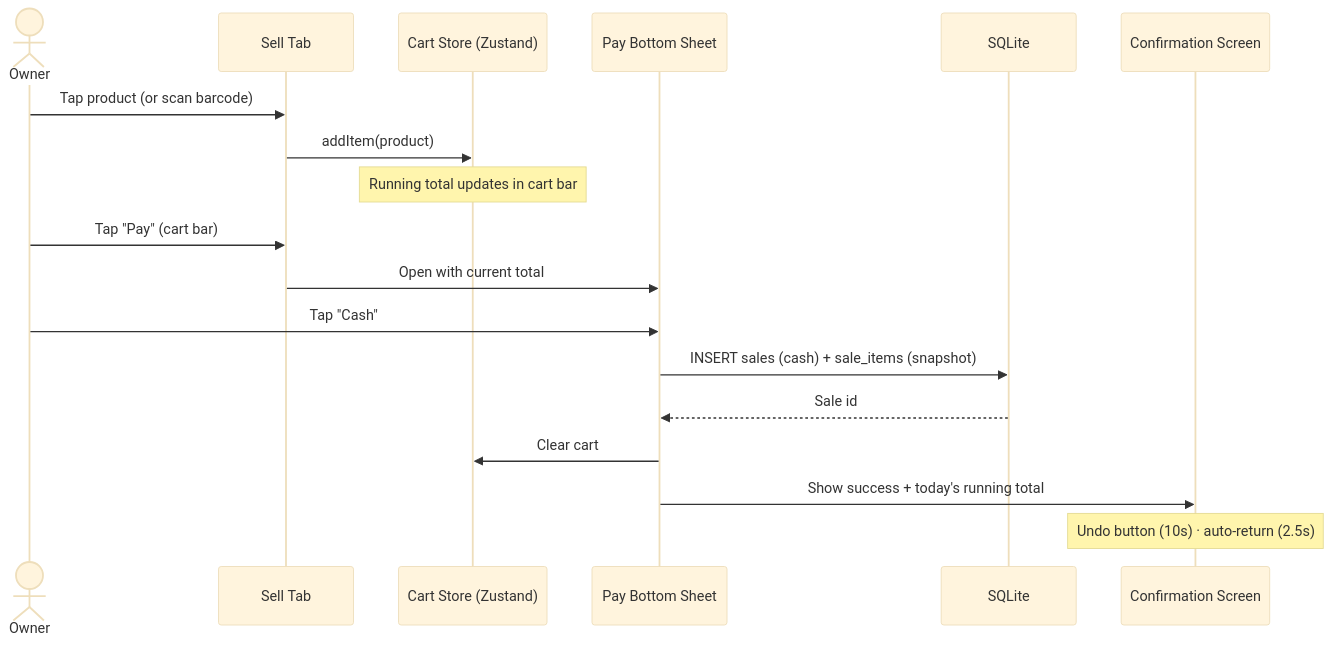
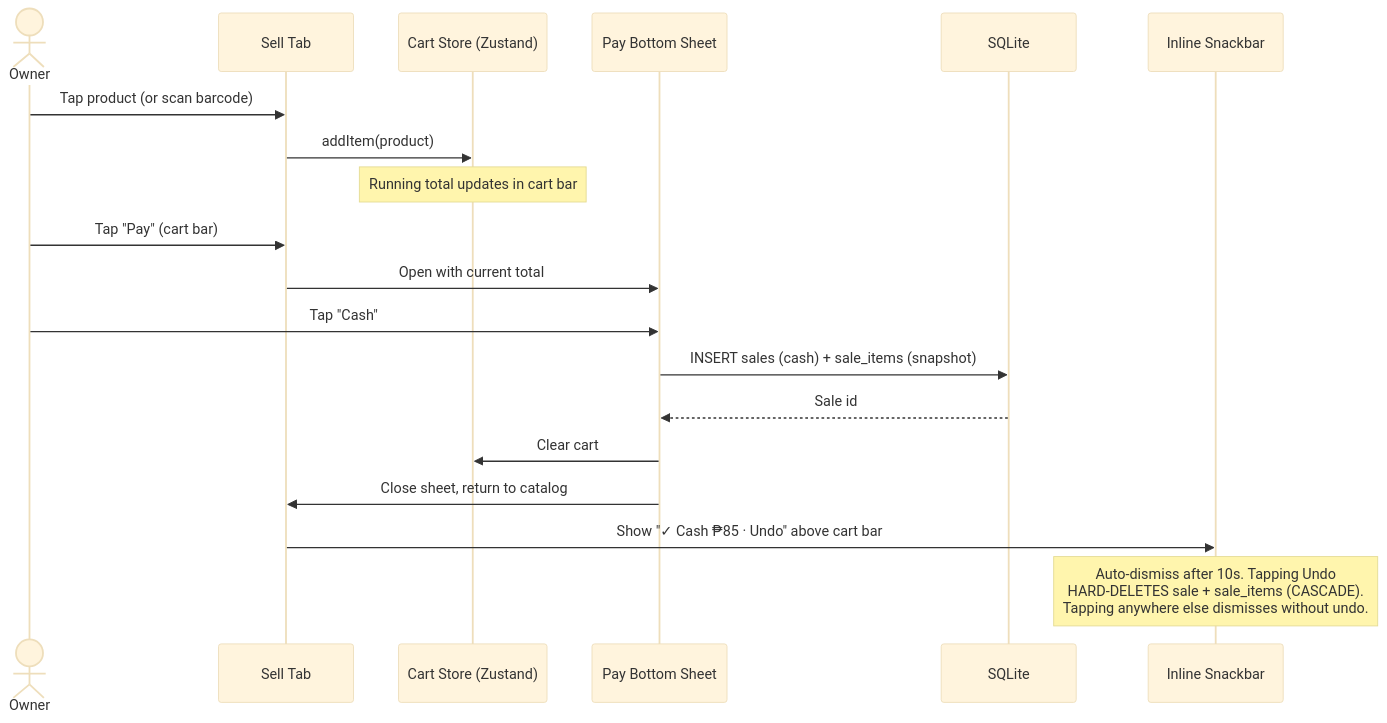
One commit to BryJavier/simple-sari-sari changed the third of 11 diagrams in docs/superpowers/specs/2026-05-10-sari-sari-pos-design.md. Above: the diagram before and after it, drawn with Mermaid (base theme). The commit also changed other lines of this file, not shown here.

````diff
--- a/docs/superpowers/specs/2026-05-10-sari-sari-pos-design.md
+++ b/docs/superpowers/specs/2026-05-10-sari-sari-pos-design.md
@@ -228,23 +231,24 @@
 ```mermaid
 sequenceDiagram
     actor Owner
     participant SellTab as Sell Tab
     participant Cart as Cart Store (Zustand)
     participant Sheet as Pay Bottom Sheet
     participant DB as SQLite
-    participant Confirm as Confirmation Screen
+    participant Snack as Inline Snackbar
 
     Owner->>SellTab: Tap product (or scan barcode)
     SellTab->>Cart: addItem(product)
     Note over Cart: Running total updates in cart bar
 
     Owner->>SellTab: Tap "Pay" (cart bar)
     SellTab->>Sheet: Open with current total
 
     Owner->>Sheet: Tap "Cash"
     Sheet->>DB: INSERT sales (cash) + sale_items (snapshot)
     DB-->>Sheet: Sale id
     Sheet->>Cart: Clear cart
-    Sheet->>Confirm: Show success + today's running total
-    Note over Confirm: Undo button (10s) · auto-return (2.5s)
+    Sheet->>SellTab: Close sheet, return to catalog
+    SellTab->>Snack: Show "✓ Cash ₱85 · Undo" above cart bar
+    Note over Snack: Auto-dismiss after 10s. Tapping Undo<br/>HARD-DELETES sale + sale_items (CASCADE).<br/>Tapping anywhere else dismisses without undo.
 ```
````
